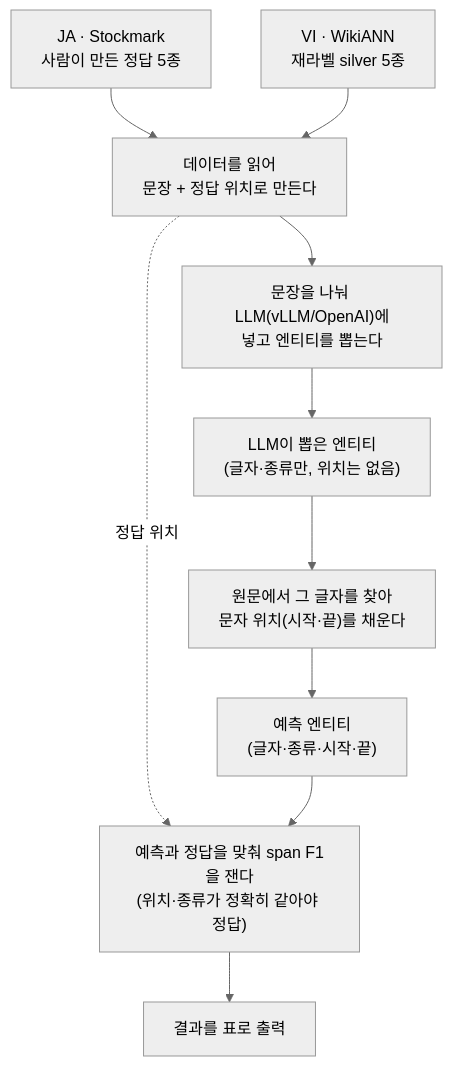
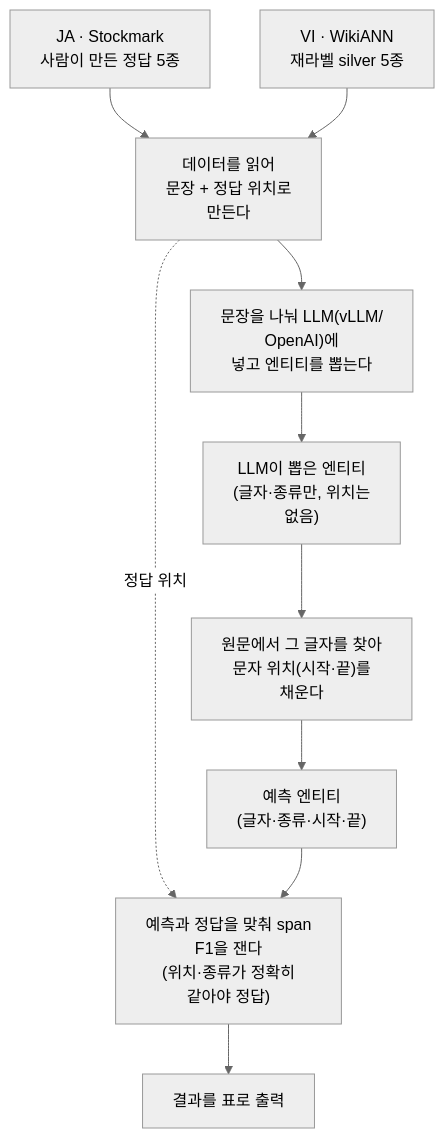
One commit to groovallstar/ner-pipeline-public changed the first of 2 diagrams in docs/manual/pipeline/1-labeling.md. Above: the diagram before and after it, drawn with Mermaid (neutral theme). The commit also changed other lines of this file and 7 other files, not shown here.

First line of the commit message:
docs: mermaid CJK 세로 잘림 해소 — 긴 라벨 줄바꿈

````diff
--- a/docs/manual/pipeline/1-labeling.md
+++ b/docs/manual/pipeline/1-labeling.md
@@ -18,13 +18,13 @@
 ```mermaid
 flowchart TD
     JA["JA · Stockmark<br/>사람이 만든 정답 5종"]
     VI["VI · WikiANN<br/>재라벨 silver 5종"]
-    JA & VI --> LOAD["데이터를 읽어<br/>문장 + 정답 위치로 만든다"]
-    LOAD --> LLM["문장을 나눠 LLM(vLLM/OpenAI)에<br/>넣고 엔티티를 뽑는다"]
-    LLM --> RAW["LLM이 뽑은 엔티티<br/>(글자·종류만, 위치는 없음)"]
-    RAW --> MATCH["원문에서 그 글자를 찾아<br/>문자 위치(시작·끝)를 채운다"]
+    JA & VI --> LOAD["데이터를 읽어<br/>문장 + 정답 위치로<br/>만든다"]
+    LOAD --> LLM["문장을 나눠 LLM(vLLM/<br/>OpenAI)에<br/>넣고 엔티티를 뽑는다"]
+    LLM --> RAW["LLM이 뽑은 엔티티<br/>(글자·종류만, 위치는<br/>없음)"]
+    RAW --> MATCH["원문에서 그 글자를 찾아<br/>문자 위치(시작·끝)를<br/>채운다"]
     MATCH --> PRED["예측 엔티티<br/>(글자·종류·시작·끝)"]
     LOAD -. 정답 위치 .-> F1
-    PRED --> F1["예측과 정답을 맞춰 span F1을 잰다<br/>(위치·종류가 정확히 같아야 정답)"]
+    PRED --> F1["예측과 정답을 맞춰 span<br/>F1을 잰다<br/>(위치·종류가 정확히<br/>같아야 정답)"]
     F1 --> REP["결과를 표로 출력"]
 ```
````
